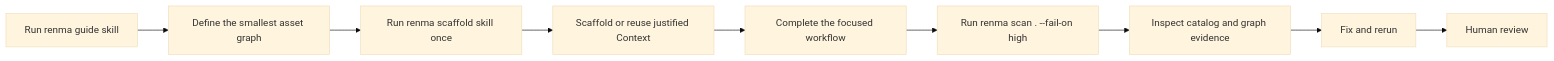
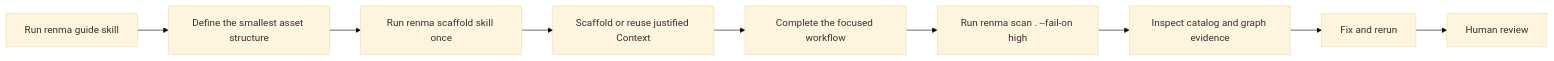
The first of 2 diagrams in docs/user-manual.md (KazuCocoa/renma), drawn with Mermaid (base theme) before and after one commit. The commit also changed other lines of this file and 16 other files, not shown here.

````diff
--- a/docs/user-manual.md
+++ b/docs/user-manual.md
@@ -231,11 +232,11 @@
 ```mermaid
 flowchart LR
-  Guide["Run renma guide skill"] --> Graph["Define the smallest asset graph"]
-  Graph --> Scaffold["Run renma scaffold skill once"]
+  Guide["Run renma guide skill"] --> Structure["Define the smallest asset structure"]
+  Structure --> Scaffold["Run renma scaffold skill once"]
   Scaffold --> Context["Scaffold or reuse justified Context"]
   Context --> Complete["Complete the focused workflow"]
   Complete --> Validate["Run renma scan . --fail-on high"]
   Validate --> Evidence["Inspect catalog and graph evidence"]
   Evidence --> Fix["Fix and rerun"]
   Fix --> Review["Human review"]
 ```
````
